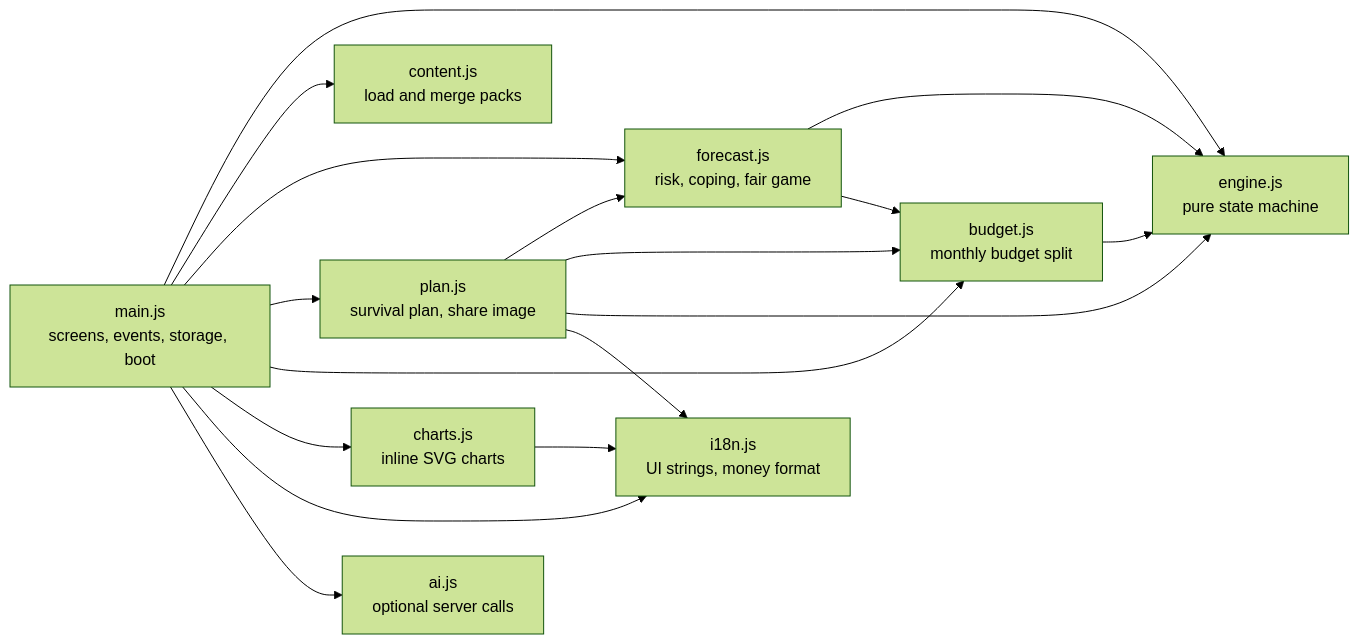
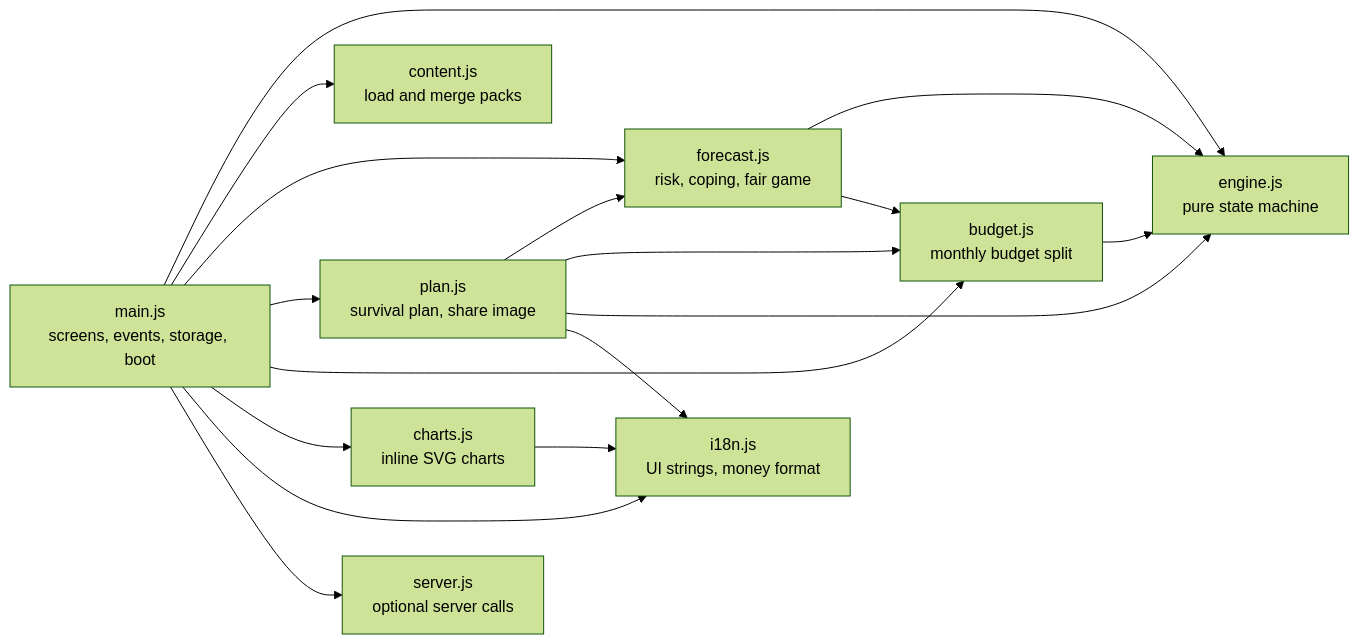
One commit to mutarisi-chibaya/education changed the third of 8 diagrams in docs/architecture.md. Above: the diagram before and after it, drawn with Mermaid (forest theme). The commit also changed other lines of this file and 59 other files, not shown here.

````diff
--- a/docs/architecture.md
+++ b/docs/architecture.md
@@ -99,29 +97,29 @@
 ```mermaid
 flowchart LR
     main["main.js<br/>screens, events, storage, boot"]
     engine["engine.js<br/>pure state machine"]
     content["content.js<br/>load and merge packs"]
     forecast["forecast.js<br/>risk, coping, fair game"]
     plan["plan.js<br/>survival plan, share image"]
     budget["budget.js<br/>monthly budget split"]
     charts["charts.js<br/>inline SVG charts"]
     i18n["i18n.js<br/>UI strings, money format"]
-    ai["ai.js<br/>optional server calls"]
+    ai["server.js<br/>optional server calls"]
 
     main --> engine
     main --> content
     main --> forecast
     main --> plan
     main --> budget
     main --> charts
     main --> i18n
     main --> ai
     plan --> forecast
     plan --> budget
     plan --> engine
     forecast --> engine
     forecast --> budget
     budget --> engine
     charts --> i18n
     plan --> i18n
 ```
````
